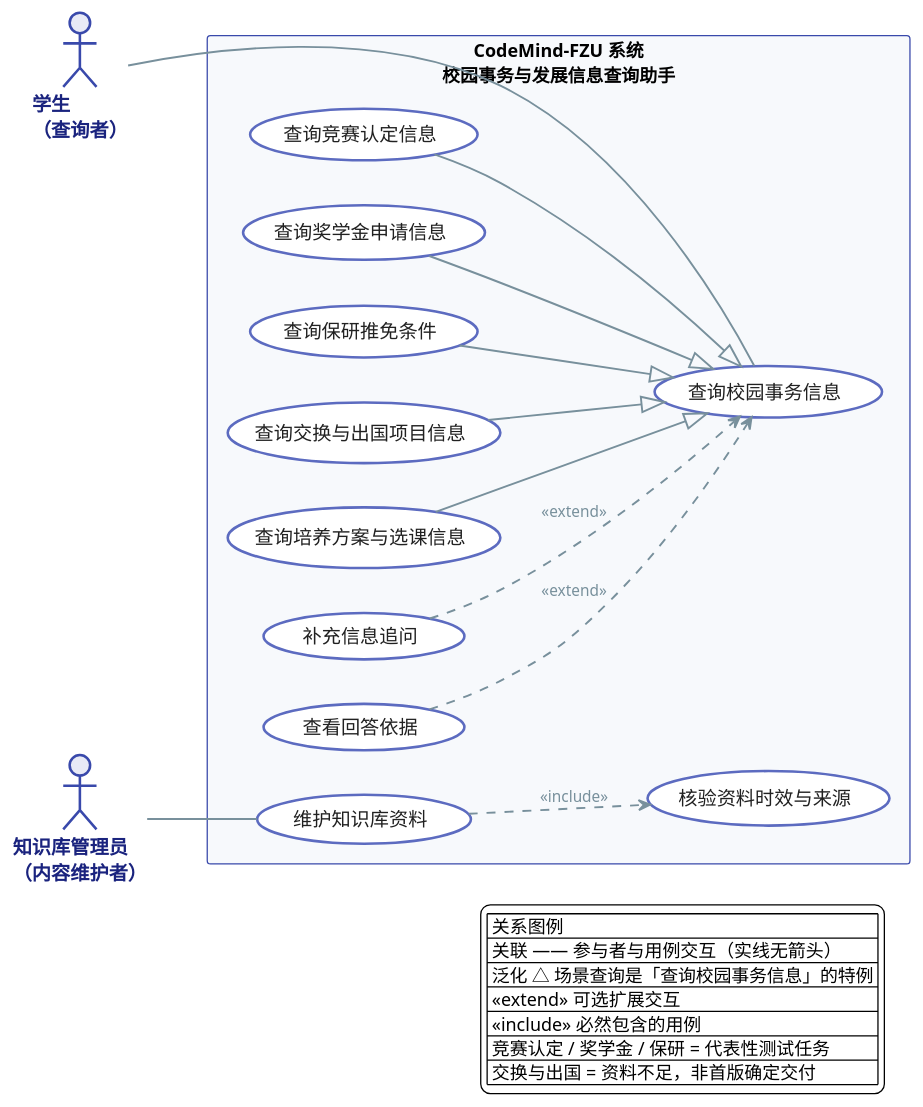
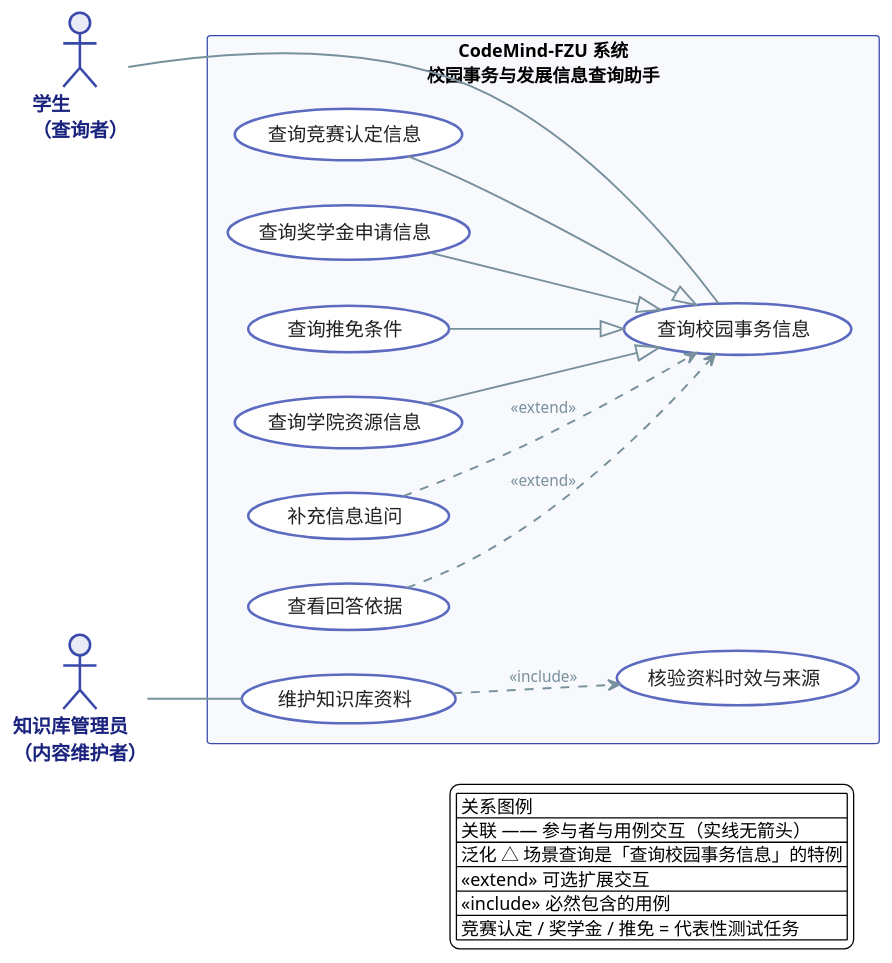
One commit to yz-Yezi-Genm/CodeMind-FZU changed the diagram in docs/assignment-02/system-design/diagrams/uml/use-case/系统用例图_颜俊宇_v3.puml. Above: the diagram before and after it, drawn with PlantUML. The commit also changed 4 other files, not shown here.

First line of the commit message:
docs: 用例严格对齐整体功能蓝图五大方向，移除交换与出国（颜俊宇）

```diff
--- a/docs/assignment-02/system-design/diagrams/uml/use-case/系统用例图_颜俊宇_v3.puml
+++ b/docs/assignment-02/system-design/diagrams/uml/use-case/系统用例图_颜俊宇_v3.puml
@@ -1,106 +1,103 @@
 @startuml 系统用例图
 ' ============================================
 ' CodeMind-FZU 系统用例图
-' 负责人：颜俊宇  版本：v3.1
+' 负责人：颜俊宇  版本：v3.2
 ' 建模原则：先定边界 → 再定参与者(角色) → 用例=用户目标 → 关系能少则少
-' 业务范围：五大业务方向，首版优先支持前四个方向的有资料依据查询与导航；
-'           竞赛认定/奖学金/保研为三个代表性测试任务；交换与出国资料不足、非首版确定交付
+' 业务范围：对齐整体功能蓝图五大方向，首版优先支持前四个方向的有资料依据查询与导航；
+'           竞赛认定/奖学金申请/推免基本条件为三个代表性测试任务
 ' ============================================
 
 skinparam backgroundColor #FFFFFF
 skinparam shadowing false
 skinparam defaultFontName "Microsoft YaHei"
 skinparam packageStyle rectangle
 
 skinparam package {
   BackgroundColor #F7F9FC
   BorderColor #3949AB
   BorderThickness 2
   FontColor #1A237E
   FontStyle bold
   FontSize 20
 }
 
 skinparam actor {
   BackgroundColor #E8EAF6
   BorderColor #3949AB
   BorderThickness 2
   FontColor #1A237E
   FontStyle bold
   FontSize 15
 }
 
 skinparam usecase {
   BackgroundColor #FFFFFF
   BorderColor #5C6BC0
   BorderThickness 2
   FontColor #212121
   FontSize 15
 }
 
 skinparam ArrowColor #78909C
 skinparam ArrowFontColor #78909C
 skinparam ArrowFontSize 12
 skinparam ArrowThickness 1.5
 
 hide empty members
 left to right direction
 
 ' ============ 参与者（角色，标准 actor 符号） ============
 actor "学生\n（查询者）" as Student
 actor "知识库管理员\n（内容维护者）" as KbAdmin
 
 ' ============ 系统边界 ============
 rectangle "CodeMind-FZU 系统\n校园事务与发展信息查询助手" as System {
 
   ' ---- 抽象基用例（统一查询目标） ----
   usecase "查询校园事务信息" as UC_Query
 
-  ' ---- 查询类用例（用户目标层） ----
+  ' ---- 查询类用例（对齐蓝图前四方向） ----
   usecase "查询竞赛认定信息" as UC_Competition
   usecase "查询奖学金申请信息" as UC_Scholarship
-  usecase "查询保研推免条件" as UC_Postgrad
-  usecase "查询交换与出国项目信息" as UC_Exchange
-  usecase "查询培养方案与选课信息" as UC_Curriculum
+  usecase "查询推免条件" as UC_Postgrad
+  usecase "查询学院资源信息" as UC_Resource
 
   ' ---- 扩展交互（作业要求体现的交互） ----
   usecase "补充信息追问" as UC_Followup
   usecase "查看回答依据" as UC_Evidence
 
   ' ---- 知识库管理员目标 ----
   usecase "维护知识库资料" as UC_KB
   usecase "核验资料时效与来源" as UC_Verify
 }
 
 ' ============ 关联（普通实线，无箭头） ============
 Student -- UC_Query
 KbAdmin -- UC_KB
 
 ' ============ 布局约束：学生拉到左侧 ============
 Student -[hidden]down- UC_Competition
 
 ' ============ 泛化：场景查询是「查询校园事务信息」的特例 ============
 UC_Competition --|> UC_Query
 UC_Scholarship --|> UC_Query
 UC_Postgrad --|> UC_Query
-UC_Exchange --|> UC_Query
-UC_Curriculum --|> UC_Query
+UC_Resource --|> UC_Query
 
 ' ============ extend：可选交互扩展自查询 ============
 UC_Followup ..> UC_Query : <<extend>>
 UC_Evidence ..> UC_Query : <<extend>>
 
 ' ============ include：维护必然包含核验 ============
 UC_KB ..> UC_Verify : <<include>>
 
 legend bottom right
   | 关系图例 |
   | 关联 —— 参与者与用例交互（实线无箭头） |
   | 泛化 △ 场景查询是「查询校园事务信息」的特例 |
   | <<extend>> 可选扩展交互 |
   | <<include>> 必然包含的用例 |
-  | 竞赛认定 / 奖学金 / 保研 = 代表性测试任务 |
-  | 交换与出国 = 资料不足，非首版确定交付 |
+  | 竞赛认定 / 奖学金 / 推免 = 代表性测试任务 |
 endlegend
 
 @enduml
```
